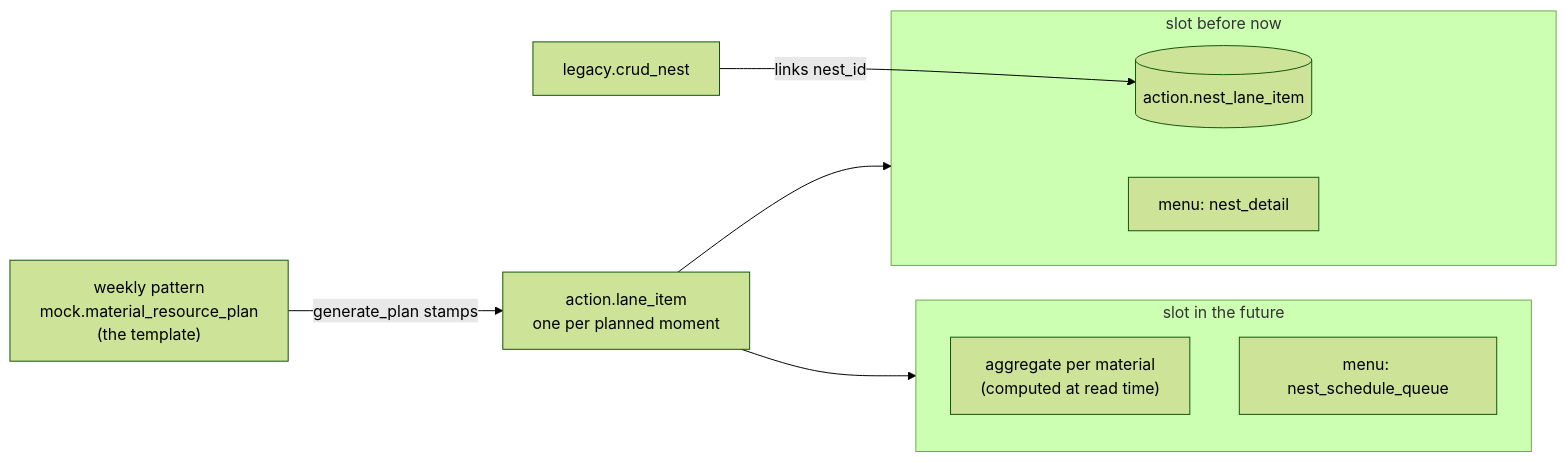
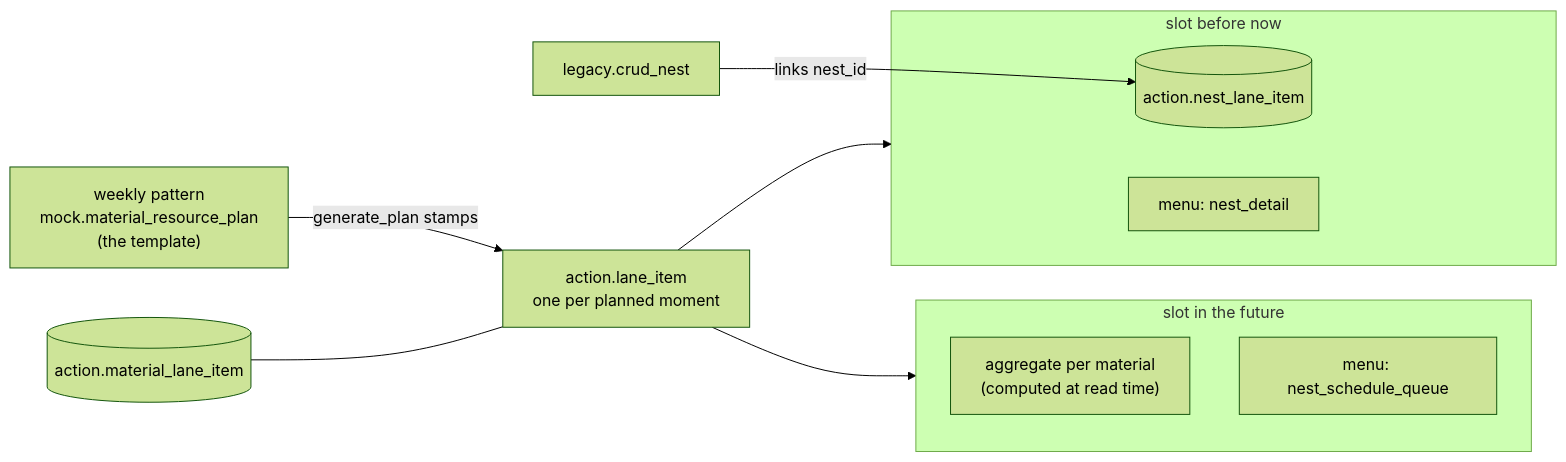
Before and after one commit to CeesBolijn/postgres-sflex-nl: the diagram in docs/nest-planning-lane-items.md, drawn with Mermaid (forest theme). The commit also changed other lines of this file, not shown here.

Commit message:
docs: material of a slot links on the item — action.material_lane_item

````diff
--- a/docs/nest-planning-lane-items.md
+++ b/docs/nest-planning-lane-items.md
@@ -11,15 +11,16 @@
 ```mermaid
 flowchart LR
     P["weekly pattern<br/>mock.material_resource_plan<br/>(the template)"] -->|"generate_plan stamps"| L["action.lane_item<br/>one per planned moment"]
+    M[(action.material_lane_item)] --- L
     subgraph future["slot in the future"]
         A["aggregate per material<br/>(computed at read time)"]
         Q["menu: nest_schedule_queue"]
     end
     subgraph past["slot before now"]
         N[(action.nest_lane_item)]
         D["menu: nest_detail"]
     end
     L --> future
     L --> past
     C["legacy.crud_nest"] -->|"links nest_id"| N
 ```
````
